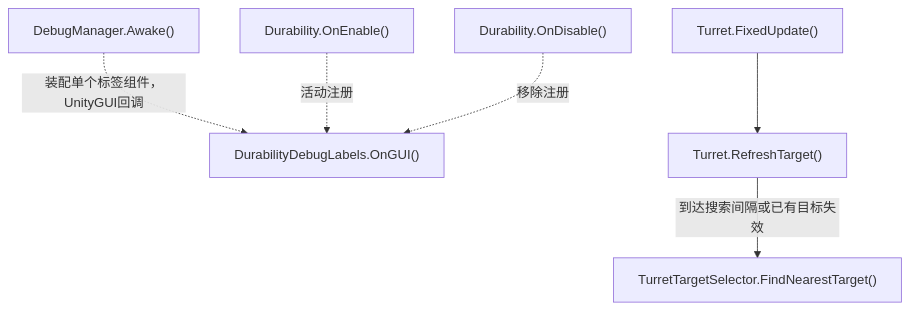
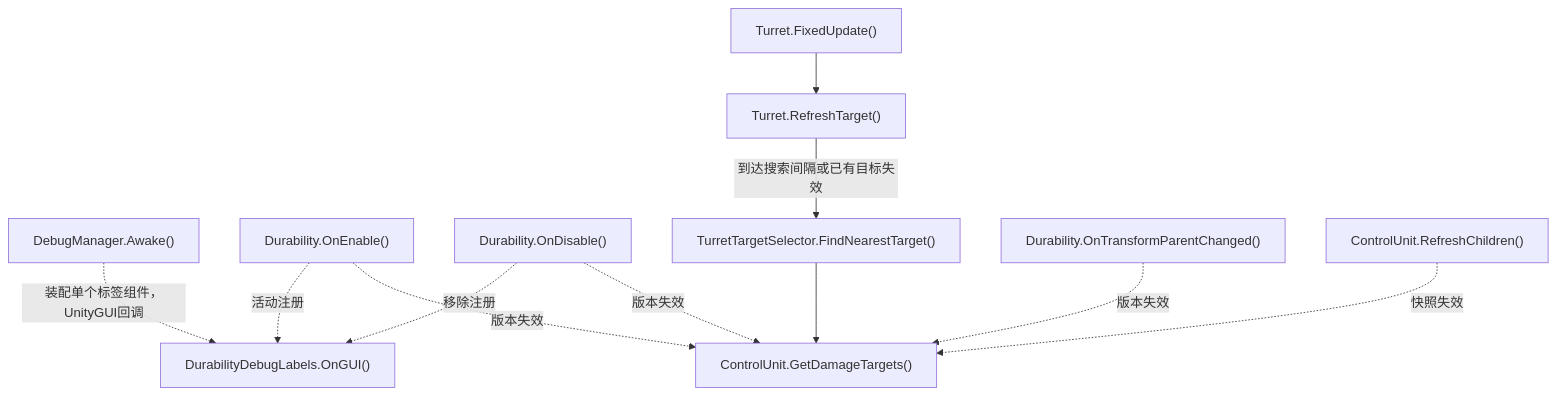
Before and after one commit to kukudia/HY-Sandbox: diagram 22 of 45 in Docs/RuntimeFlow.md, drawn with Mermaid. The commit also changed other lines of this file and 11 other files, not shown here.

First line of the commit message:
Reduce combat target scans and preserve stable connector visuals

````diff
--- a/Docs/RuntimeFlow.md
+++ b/Docs/RuntimeFlow.md
@@ -2186,22 +2201,33 @@
 ```mermaid
 flowchart TD
     A["DebugManager.Awake()"]
     click A "../Assets/Scripts/Features/Diagnostics/DebugManager.cs#L43" "打开源码"
     B["Durability.OnEnable()"]
-    click B "../Assets/Scripts/Features/Combat/Damage/Durability.cs#L59" "打开源码"
+    click B "../Assets/Scripts/Features/Combat/Damage/Durability.cs#L73" "打开源码"
     C["Durability.OnDisable()"]
-    click C "../Assets/Scripts/Features/Combat/Damage/Durability.cs#L74" "打开源码"
+    click C "../Assets/Scripts/Features/Combat/Damage/Durability.cs#L93" "打开源码"
     D["DurabilityDebugLabels.OnGUI()"]
     click D "../Assets/Scripts/Features/Diagnostics/Interface/DurabilityDebugLabels.cs#L9" "打开源码"
     E["Turret.FixedUpdate()"]
     click E "../Assets/Scripts/Features/Combat/Turrets/Turret.cs#L71" "打开源码"
     F["Turret.RefreshTarget()"]
     click F "../Assets/Scripts/Features/Combat/Turrets/Turret.cs#L107" "打开源码"
     G["TurretTargetSelector.FindNearestTarget()"]
-    click G "../Assets/Scripts/Features/Combat/Turrets/TurretTargetSelector.cs#L16" "打开源码"
+    click G "../Assets/Scripts/Features/Combat/Turrets/TurretTargetSelector.cs#L15" "打开源码"
+    H["ControlUnit.GetDamageTargets()"]
+    click H "../Assets/Scripts/Features/Simulation/Units/ControlUnit.cs#L17" "打开源码"
+    I["Durability.OnTransformParentChanged()"]
+    click I "../Assets/Scripts/Features/Combat/Damage/Durability.cs#L14" "打开源码"
+    J["ControlUnit.RefreshChildren()"]
+    click J "../Assets/Scripts/Features/Simulation/Units/ControlUnit.cs#L183" "打开源码"
     A -.->|装配单个标签组件，UnityGUI回调| D
     B -.->|活动注册| D
     C -.->|移除注册| D
     E --> F
     F -->|到达搜索间隔或已有目标失效| G
+    G --> H
+    B -.->|版本失效| H
+    C -.->|版本失效| H
+    I -.->|版本失效| H
+    J -.->|快照失效| H
 ```
````
